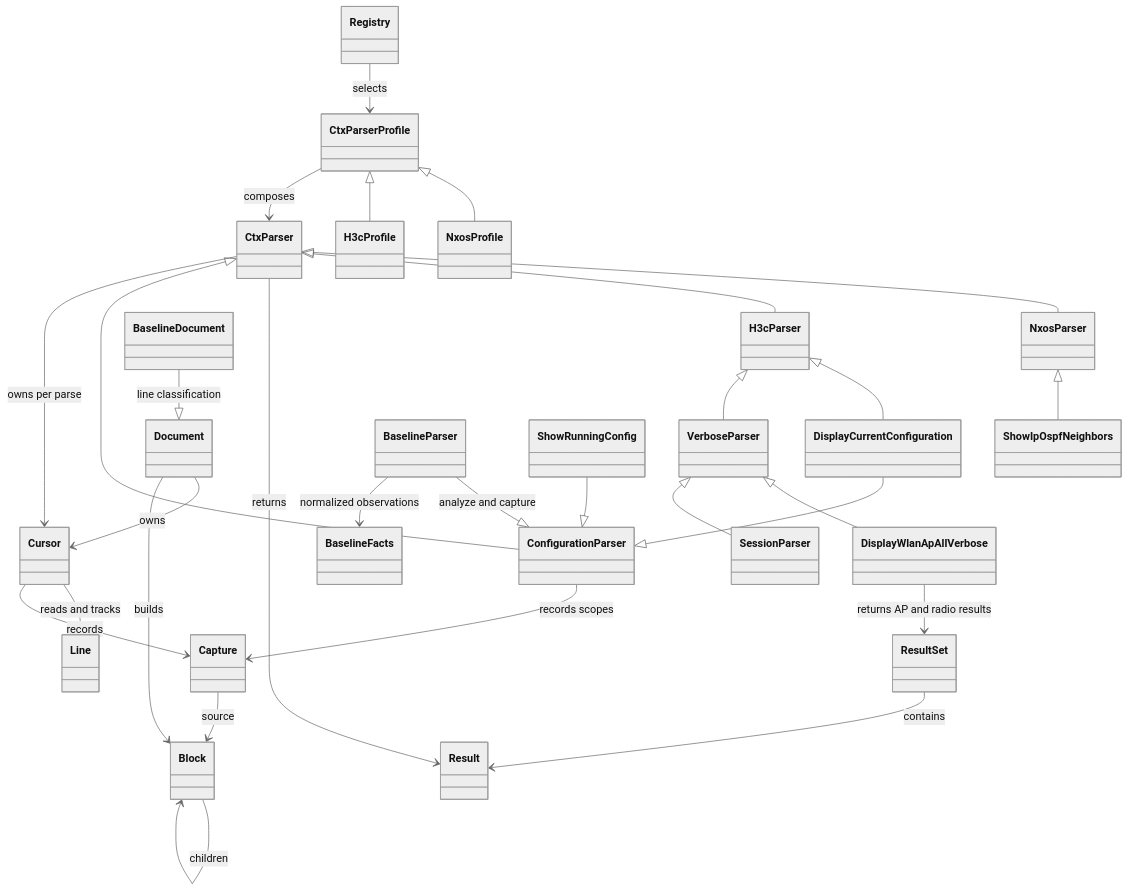
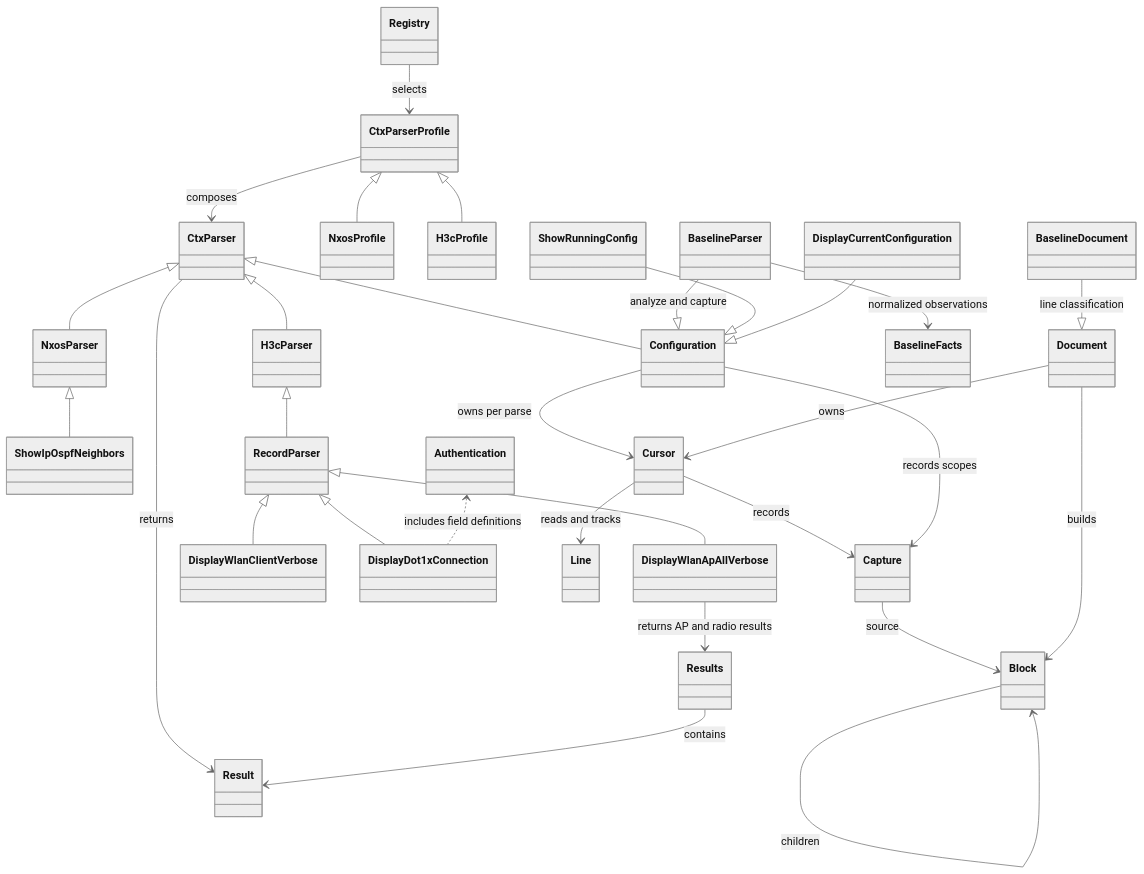
The diagram in docs/architecture-zh.md (gatework/ctx_parser), drawn with Mermaid (neutral theme) before and after one commit. The commit also changed other lines of this file and 33 other files, not shown here.

````diff
--- a/docs/architecture-zh.md
+++ b/docs/architecture-zh.md
@@ -81,31 +88,32 @@
 ```mermaid
 classDiagram
     CtxParser <|-- NxosParser
     CtxParser <|-- H3cParser
     NxosParser <|-- ShowIpOspfNeighbors
-    H3cParser <|-- DisplayCurrentConfiguration
-    H3cParser <|-- VerboseParser
-    VerboseParser <|-- DisplayWlanApAllVerbose
-    VerboseParser <|-- SessionParser
+    H3cParser <|-- RecordParser
+    RecordParser <|-- DisplayWlanApAllVerbose
+    RecordParser <|-- DisplayWlanClientVerbose
+    RecordParser <|-- DisplayDot1xConnection
+    Authentication <.. DisplayDot1xConnection : includes field definitions
     CtxParserProfile <|-- NxosProfile
     CtxParserProfile <|-- H3cProfile
     Registry --> CtxParserProfile : selects
     CtxParserProfile --> CtxParser : composes
     CtxParser --> Result : returns
-    CtxParser <|-- ConfigurationParser
-    CtxParser --> Cursor : owns per parse
+    CtxParser <|-- Configuration
+    Configuration --> Cursor : owns per parse
     Cursor --> Line : reads and tracks
     Cursor --> Capture : records
     Capture --> Block : source
     Block --> Block : children
     Document --> Cursor : owns
     Document --> Block : builds
     BaselineDocument --|> Document : line classification
-    BaselineParser --|> ConfigurationParser : analyze and capture
+    BaselineParser --|> Configuration : analyze and capture
     BaselineParser --> BaselineFacts : normalized observations
-    ShowRunningConfig --|> ConfigurationParser
-    DisplayCurrentConfiguration --|> ConfigurationParser
-    ConfigurationParser --> Capture : records scopes
-    DisplayWlanApAllVerbose --> ResultSet : returns AP and radio results
-    ResultSet --> Result : contains
+    ShowRunningConfig --|> Configuration
+    DisplayCurrentConfiguration --|> Configuration
+    Configuration --> Capture : records scopes
+    DisplayWlanApAllVerbose --> Results : returns AP and radio results
+    Results --> Result : contains
 ```
````
